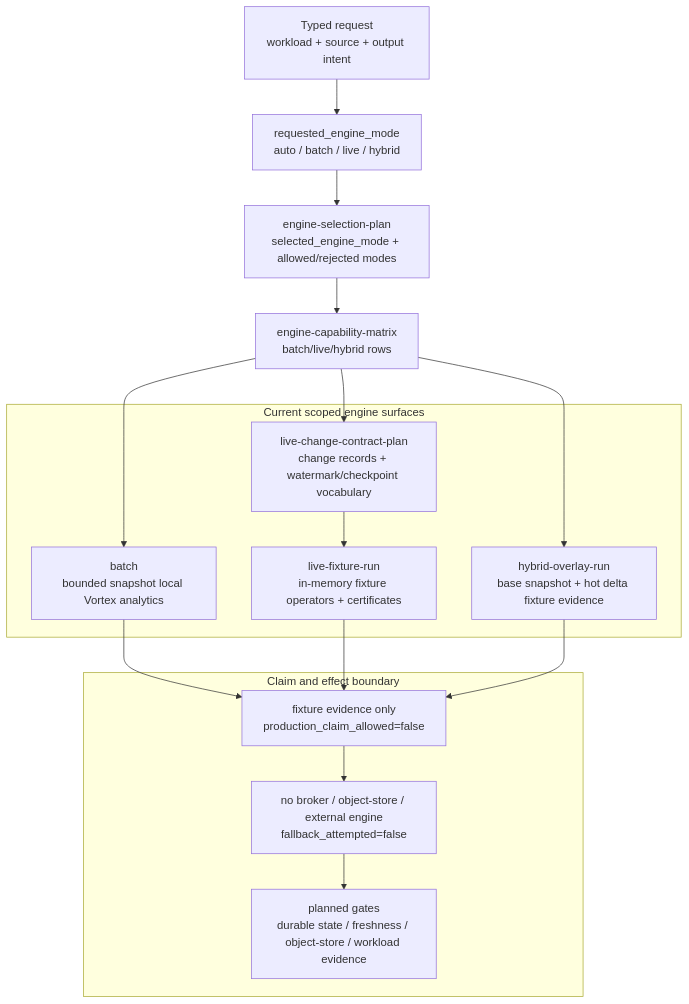
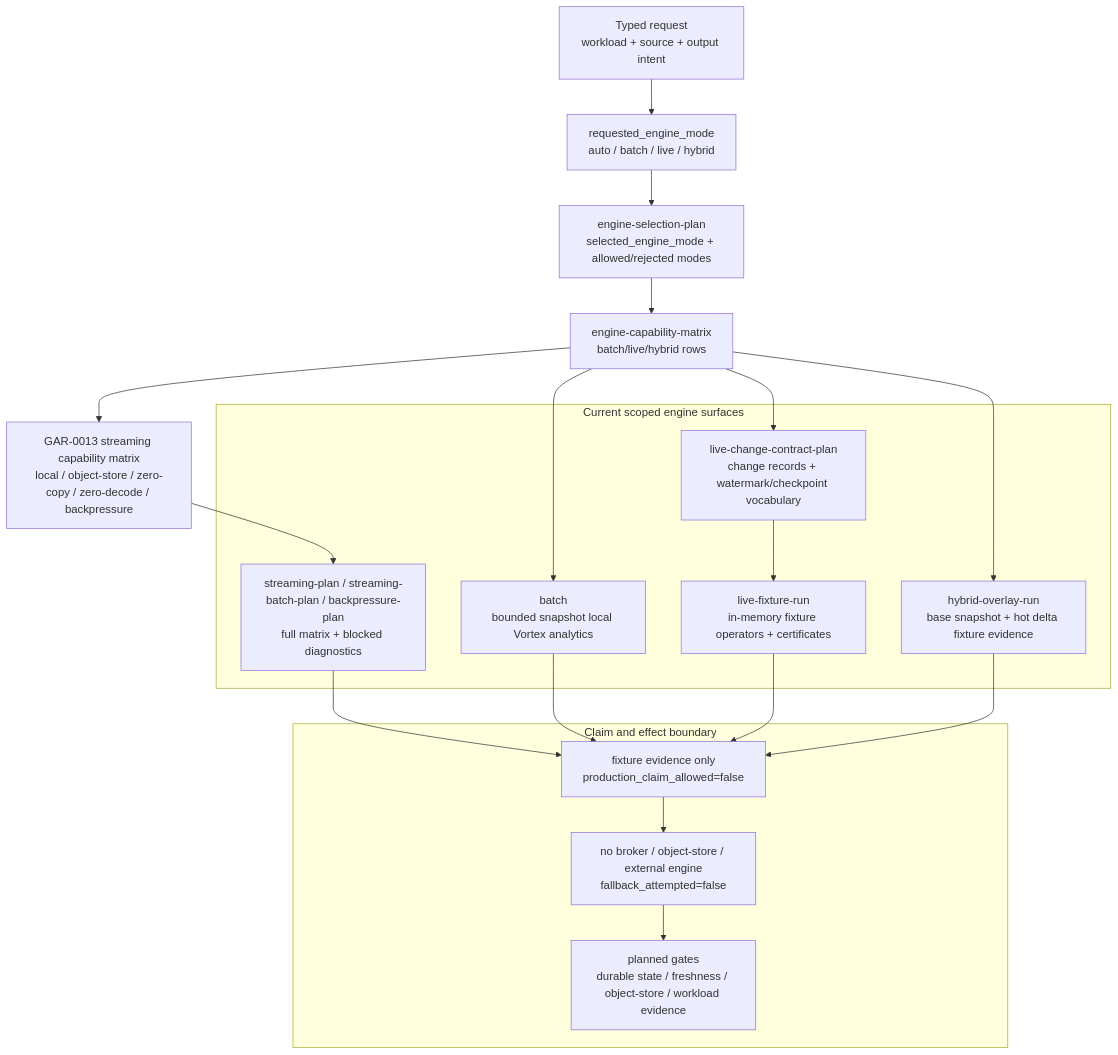
Before and after one commit to depsilon/shardloom: the fourth of 6 diagrams in docs/architecture/compute-engine-flow-reference.md, drawn with Mermaid. The commit also changed other lines of this file and 20 other files, not shown here.

Commit message:
Add streaming capability diagnostics matrix (#600)

````diff
--- a/docs/architecture/compute-engine-flow-reference.md
+++ b/docs/architecture/compute-engine-flow-reference.md
@@ -267,29 +268,33 @@
 ```mermaid
 flowchart TD
     REQUEST["Typed request<br/>workload + source + output intent"]
     ENGINE_REQUEST["requested_engine_mode<br/>auto / batch / live / hybrid"]
     ENGINE_SELECTION["engine-selection-plan<br/>selected_engine_mode + allowed/rejected modes"]
     MATRIX["engine-capability-matrix<br/>batch/live/hybrid rows"]
+    STREAM_MATRIX["GAR-0013 streaming capability matrix<br/>local / object-store / zero-copy / zero-decode / backpressure"]
 
     subgraph CURRENT["Current scoped engine surfaces"]
         BATCH["batch<br/>bounded snapshot local Vortex analytics"]
         LIVE_CONTRACT["live-change-contract-plan<br/>change records + watermark/checkpoint vocabulary"]
         LIVE_FIXTURE["live-fixture-run<br/>in-memory fixture operators + certificates"]
         HYBRID_FIXTURE["hybrid-overlay-run<br/>base snapshot + hot delta fixture evidence"]
+        STREAM_REPORTS["streaming-plan / streaming-batch-plan / backpressure-plan<br/>full matrix + blocked diagnostics"]
     end
 
     subgraph CLAIM_BOUNDARY["Claim and effect boundary"]
         FIXTURE_CLAIM["fixture evidence only<br/>production_claim_allowed=false"]
         NO_EFFECTS["no broker / object-store / external engine<br/>fallback_attempted=false"]
         PLANNED_GATES["planned gates<br/>durable state / freshness / object-store / workload evidence"]
     end
 
     REQUEST --> ENGINE_REQUEST --> ENGINE_SELECTION --> MATRIX
+    MATRIX --> STREAM_MATRIX --> STREAM_REPORTS
     MATRIX --> BATCH
     MATRIX --> LIVE_CONTRACT --> LIVE_FIXTURE
     MATRIX --> HYBRID_FIXTURE
+    STREAM_REPORTS --> FIXTURE_CLAIM
     BATCH --> FIXTURE_CLAIM
     LIVE_FIXTURE --> FIXTURE_CLAIM
     HYBRID_FIXTURE --> FIXTURE_CLAIM
     FIXTURE_CLAIM --> NO_EFFECTS --> PLANNED_GATES
 ```
````
